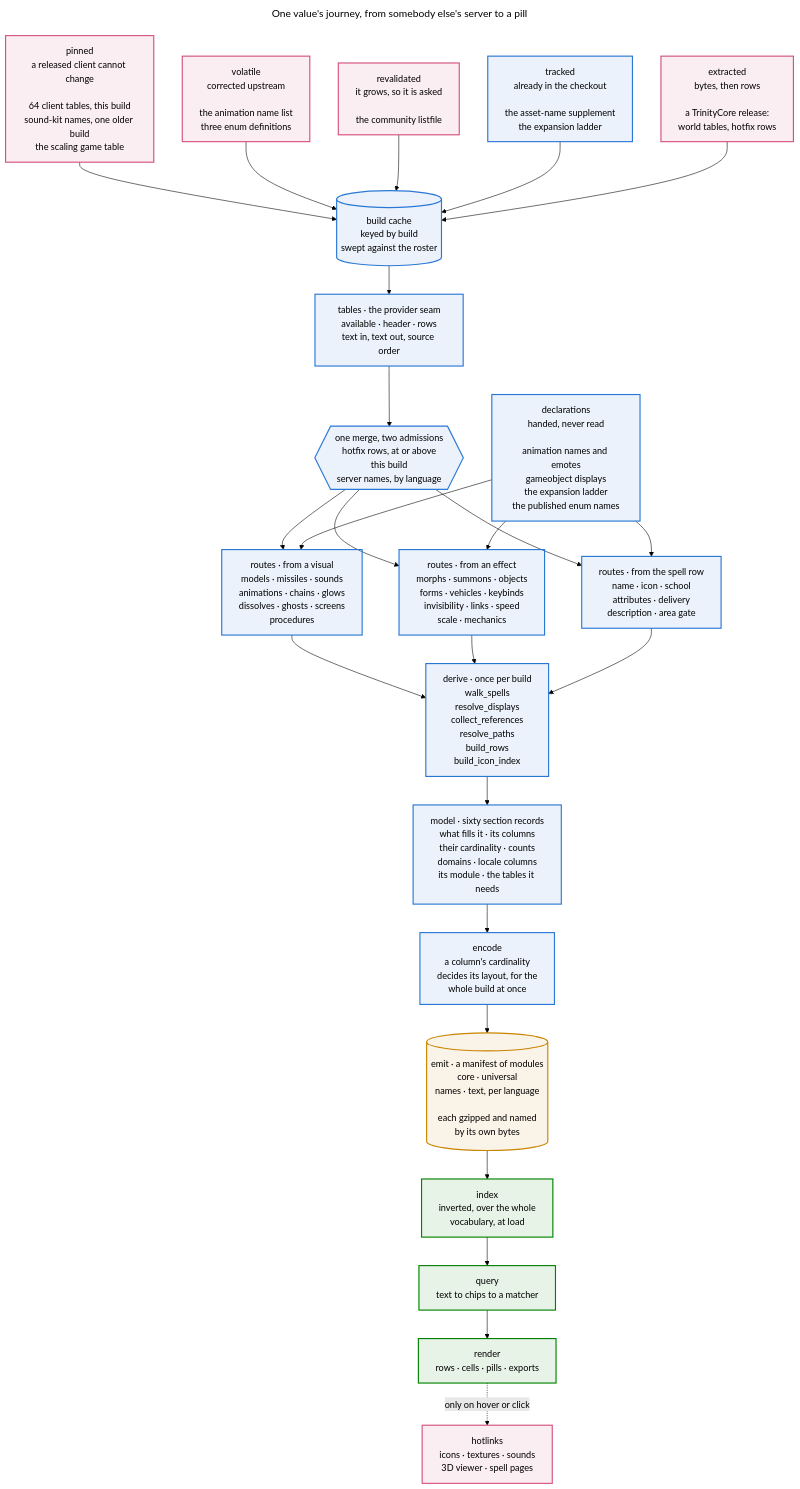
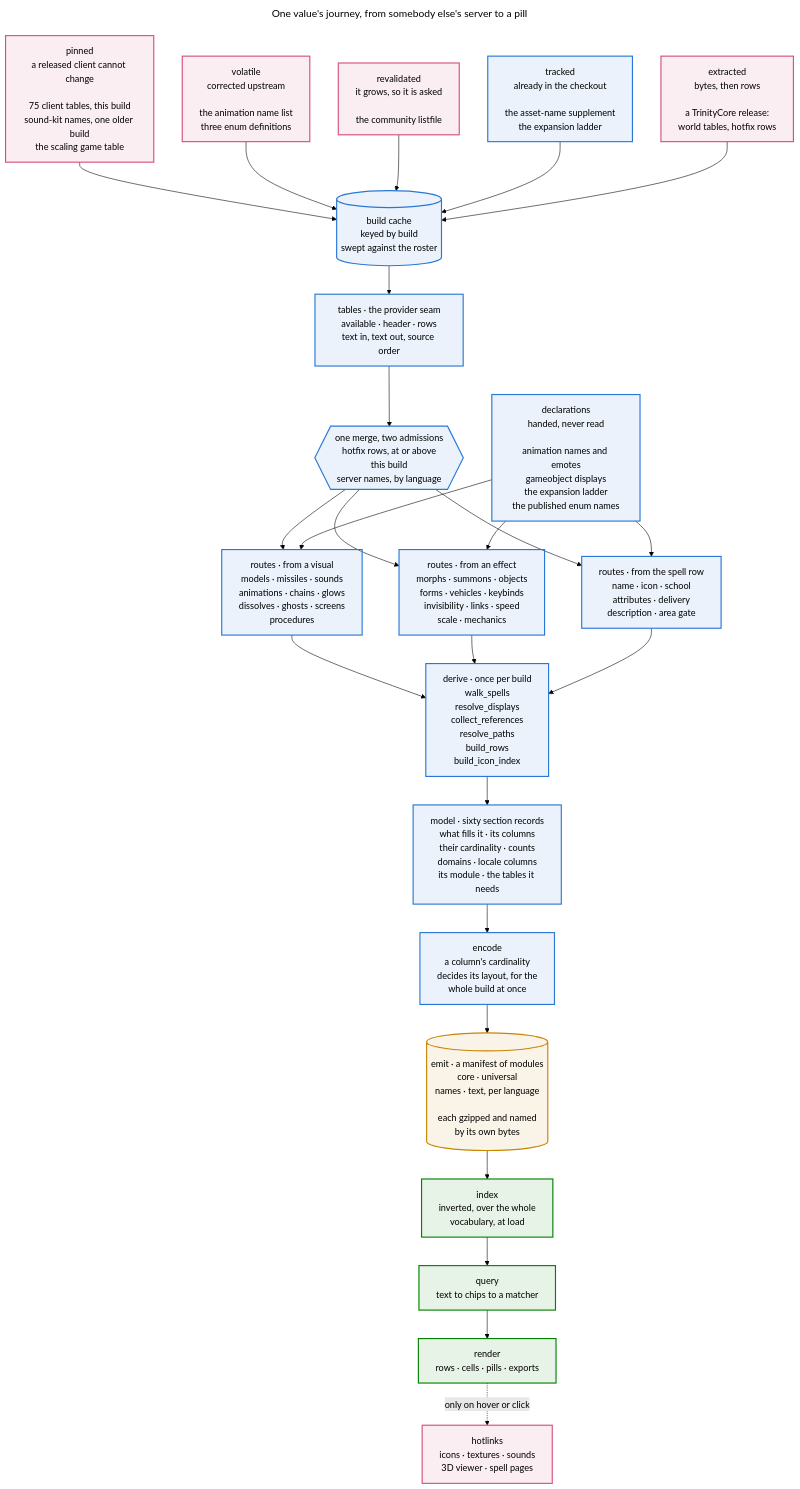
Before and after one commit to Natans8/Epsilook: the first of 13 diagrams in docs/DATA_ROUTES.md, drawn with Mermaid (forest theme). The commit also changed 16 other files, not shown here.

First line of the commit message:
A flow names a table by reference, off the generated catalogue

````diff
--- a/docs/DATA_ROUTES.md
+++ b/docs/DATA_ROUTES.md
@@ -17,70 +17,70 @@
 ```mermaid
 ---
 title: One value's journey, from somebody else's server to a pill
 ---
 flowchart TD
     accTitle: The data pipeline, end to end
     accDescr {
     Ten sources under five acquisition shapes land in a build cache, are read through one
     provider seam that composes both overlays, interpreted by twenty-six route modules,
     reduced by six derivations, declared as sixty section records, encoded and emitted as
     content-addressed modules, then indexed, queried and rendered in the browser. Hotlinks
     are the only thing fetched afterwards, and only on hover or click.
     }
-    PIN["pinned<br/>a released client cannot change<br/><br/>64 client tables, this build<br/>sound-kit names, one older build<br/>the scaling game table"]
+    PIN["pinned<br/>a released client cannot change<br/><br/>75 client tables, this build<br/>sound-kit names, one older build<br/>the scaling game table"]
     VOL["volatile<br/>corrected upstream<br/><br/>the animation name list<br/>three enum definitions"]
     REV["revalidated<br/>it grows, so it is asked<br/><br/>the community listfile"]
     TRK["tracked<br/>already in the checkout<br/><br/>the asset-name supplement<br/>the expansion ladder"]
     EXT["extracted<br/>bytes, then rows<br/><br/>a TrinityCore release:<br/>world tables, hotfix rows"]
     CACHE[("build cache<br/>keyed by build<br/>swept against the roster")]
     PIN --> CACHE
     VOL --> CACHE
     REV --> CACHE
     TRK --> CACHE
     EXT --> CACHE
     PROV["tables · the provider seam<br/>available · header · rows<br/>text in, text out, source order"]
     OVL{{"one merge, two admissions<br/>hotfix rows, at or above<br/>this build<br/>server names, by language"}}
     CACHE --> PROV
     PROV --> OVL
     VISR["routes · from a visual<br/>models · missiles · sounds<br/>animations · chains · glows<br/>dissolves · ghosts · screens<br/>procedures"]
     EFFR["routes · from an effect<br/>morphs · summons · objects<br/>forms · vehicles · keybinds<br/>invisibility · links · speed<br/>scale · mechanics"]
     ROWR["routes · from the spell row<br/>name · icon · school<br/>attributes · delivery<br/>description · area gate"]
     DECL["declarations<br/>handed, never read<br/><br/>animation names and emotes<br/>gameobject displays<br/>the expansion ladder<br/>the published enum names"]
     OVL --> VISR
     OVL --> EFFR
     OVL --> ROWR
     DECL --> VISR
     DECL --> EFFR
     DECL --> ROWR
     WALK["derive · once per build<br/>walk_spells<br/>resolve_displays<br/>collect_references<br/>resolve_paths<br/>build_rows<br/>build_icon_index"]
     VISR --> WALK
     EFFR --> WALK
     ROWR --> WALK
     SEC["model · sixty section records<br/>what fills it · its columns<br/>their cardinality · counts<br/>domains · locale columns<br/>its module · the tables it needs"]
     ENC["encode<br/>a column's cardinality<br/>decides its layout, for the<br/>whole build at once"]
     PACK[("emit · a manifest of modules<br/>core · universal<br/>names · text, per language<br/><br/>each gzipped and named<br/>by its own bytes")]
     WALK --> SEC
     SEC --> ENC
     ENC --> PACK
     IDX["index<br/>inverted, over the whole<br/>vocabulary, at load"]
     QRY["query<br/>text to chips to a matcher"]
     REN["render<br/>rows · cells · pills · exports"]
     HOT["hotlinks<br/>icons · textures · sounds<br/>3D viewer · spell pages"]
     PACK --> IDX
     IDX --> QRY
     QRY --> REN
     REN -."only on hover or click".-> HOT
     %% Four groups, one hue each, held to the same meaning in every diagram here:
     %% somebody else's service, our own build, the artifact, the browser. Strokes
     %% carry the grouping because the page may be light or dark and a fill cannot
     %% be both; every hue clears 3:1 on white and on either dark surface, and the
     %% node text names the group so nothing rests on colour alone.
     classDef theirs fill:#d5518118,stroke:#d55181,stroke-width:2px
     classDef ours fill:#2a78d618,stroke:#2a78d6,stroke-width:2px
     classDef artifact fill:#c9850018,stroke:#c98500,stroke-width:2px
     classDef browser fill:#00830018,stroke:#008300,stroke-width:2px
     class PIN,VOL,REV,EXT,HOT theirs
     class TRK,DECL,CACHE,PROV,OVL,VISR,EFFR,ROWR,WALK,SEC,ENC ours
     class PACK artifact
     class IDX,QRY,REN browser
 ```
````
